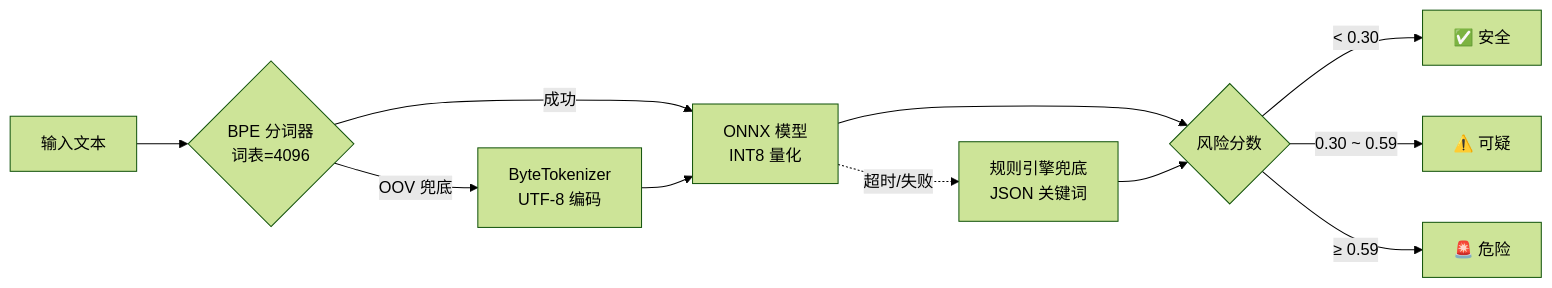
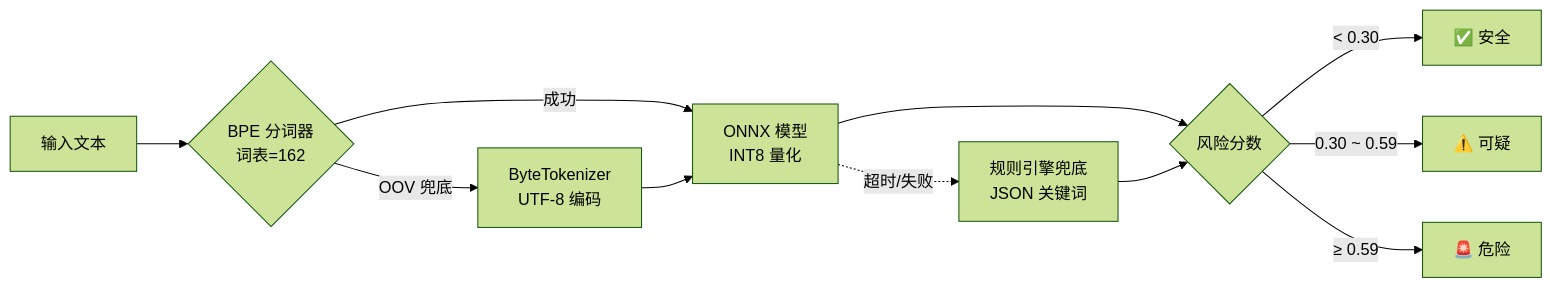
Before and after one commit to Tianshang301/TianshangGuard: the second of 4 diagrams in readme/README.zh-CN.md, drawn with Mermaid (forest theme). The commit also changed other lines of this file and 4 other files, not shown here.

````diff
--- a/readme/README.zh-CN.md
+++ b/readme/README.zh-CN.md
@@ -156,13 +156,13 @@
 ```mermaid
 flowchart LR
-    A[输入文本] --> B{BPE 分词器<br/>词表=4096}
+    A[输入文本] --> B{BPE 分词器<br/>词表=162}
     B -->|成功| C[ONNX 模型<br/>INT8 量化]
     B -->|OOV 兜底| D[ByteTokenizer<br/>UTF-8 编码]
     D --> C
     C --> E{风险分数}
     E -->|< 0.30| F[✅ 安全]
     E -->|0.30 ~ 0.59| G[⚠️ 可疑]
     E -->|≥ 0.59| H[🚨 危险]
     C -.->|超时/失败| I[规则引擎兜底<br/>JSON 关键词]
     I --> E
 ```
````
